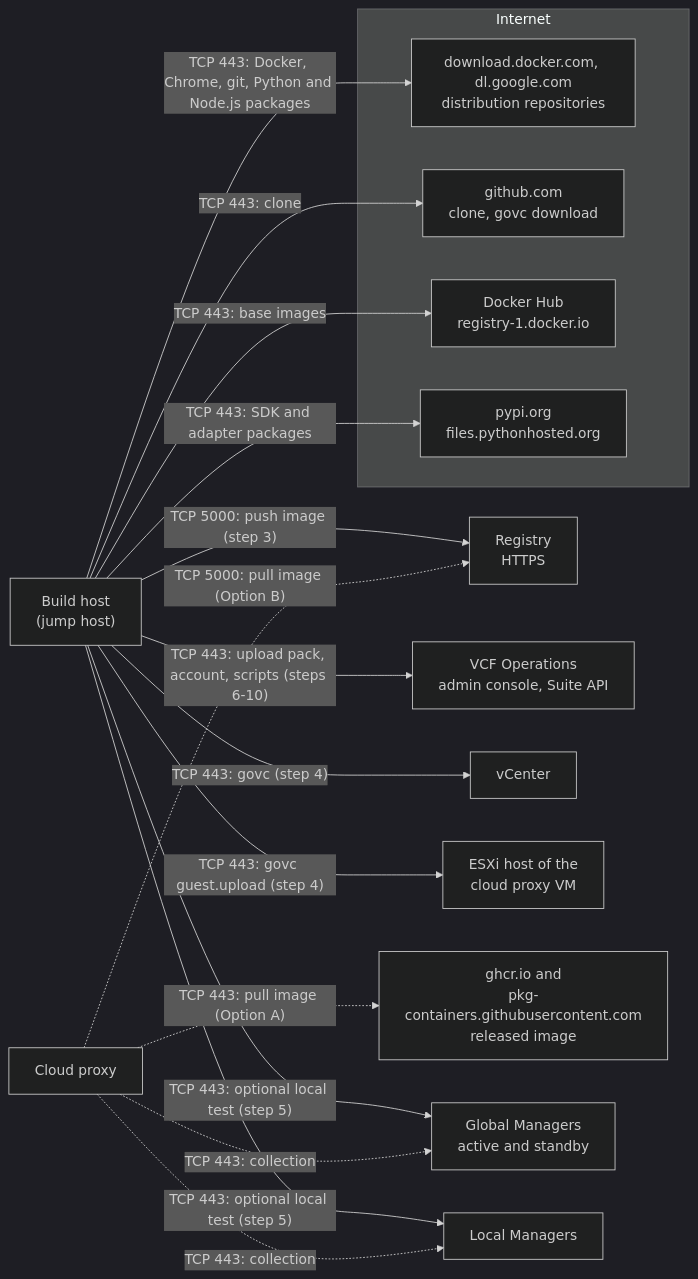
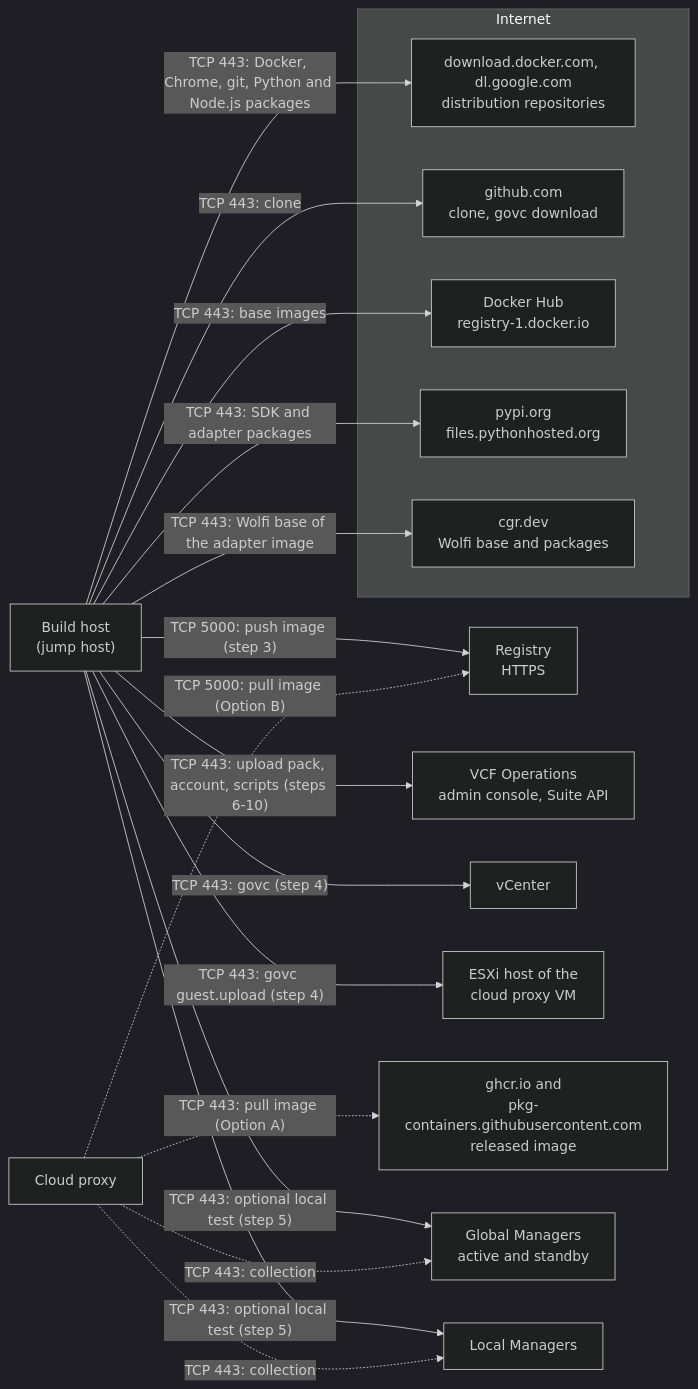
The first of 3 diagrams in docs/INSTALL.md (sorinplaton/vcf-ops-nsx-federation-mp), drawn with Mermaid (dark theme) before and after one commit. The commit also changed other lines of this file and 9 other files, not shown here.

````diff
--- a/docs/INSTALL.md
+++ b/docs/INSTALL.md
@@ -73,33 +73,35 @@
 ```mermaid
 flowchart LR
   subgraph NET["Internet"]
     PKG["download.docker.com, dl.google.com<br/>distribution repositories"]
     GH["github.com<br/>clone, govc download"]
     HUB["Docker Hub<br/>registry-1.docker.io"]
     PYPI["pypi.org<br/>files.pythonhosted.org"]
+    CGR["cgr.dev<br/>Wolfi base and packages"]
   end
   BH["Build host<br/>(jump host)"]
   REG["Registry<br/>HTTPS"]
   OPS["VCF Operations<br/>admin console, Suite API"]
   VC["vCenter"]
   ESX["ESXi host of the<br/>cloud proxy VM"]
   CP["Cloud proxy"]
   GHCR["ghcr.io and<br/>pkg-containers.githubusercontent.com<br/>released image"]
   GM["Global Managers<br/>active and standby"]
   LM["Local Managers"]
 
   BH -->|"TCP 443: Docker, Chrome, git, Python and Node.js packages"| PKG
   BH -->|"TCP 443: clone"| GH
   BH -->|"TCP 443: base images"| HUB
   BH -->|"TCP 443: SDK and adapter packages"| PYPI
+  BH -->|"TCP 443: Wolfi base of the adapter image"| CGR
   BH -->|"TCP 5000: push image (step 3)"| REG
   BH -->|"TCP 443: upload pack, account, scripts (steps 6-10)"| OPS
   BH -->|"TCP 443: govc (step 4)"| VC
   BH -->|"TCP 443: govc guest.upload (step 4)"| ESX
   BH -->|"TCP 443: optional local test (step 5)"| GM
   BH -->|"TCP 443: optional local test (step 5)"| LM
   CP -.->|"TCP 5000: pull image (Option B)"| REG
   CP -.->|"TCP 443: pull image (Option A)"| GHCR
   CP -.->|"TCP 443: collection"| GM
   CP -.->|"TCP 443: collection"| LM
 ```
````
